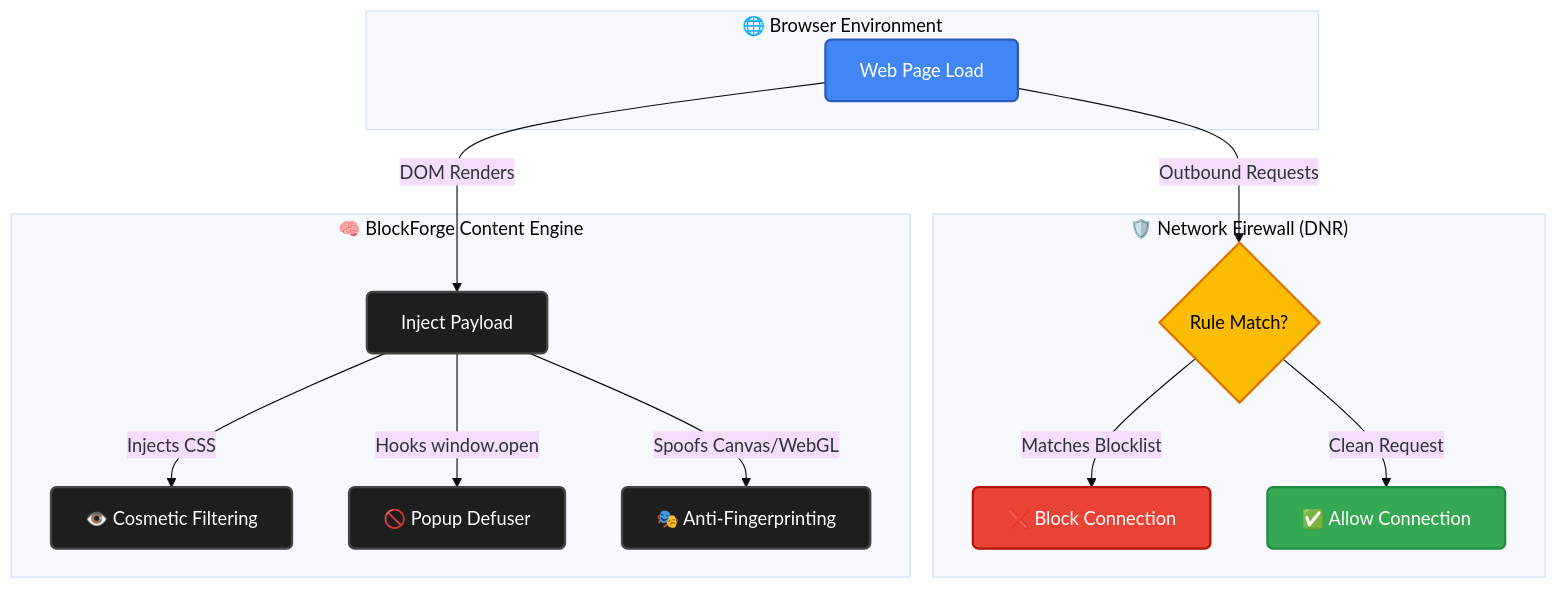
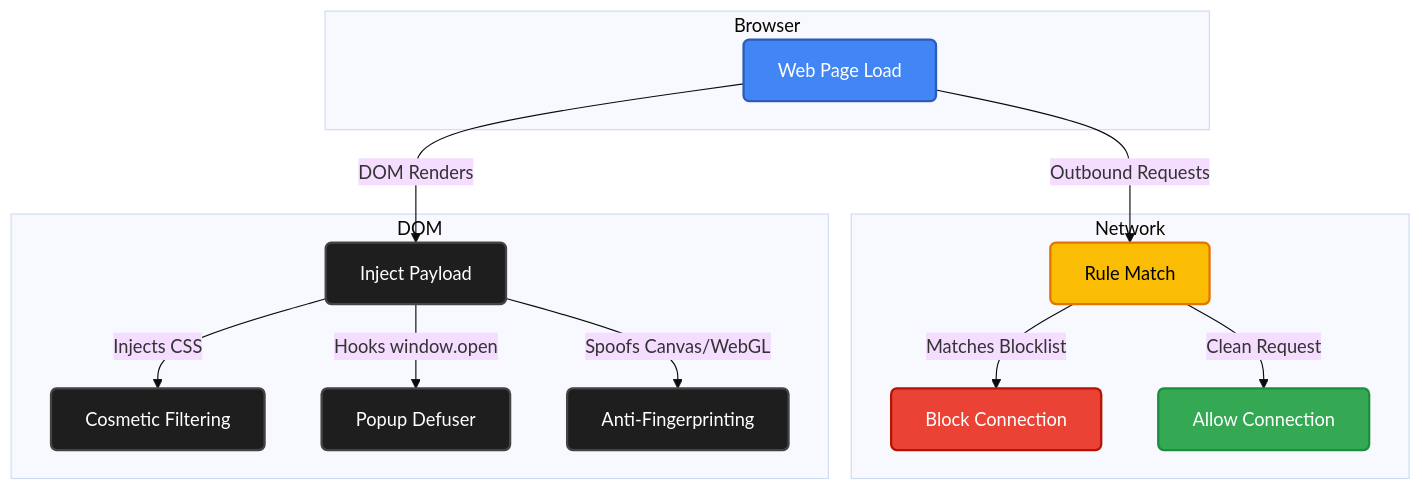
Before and after one commit to saksham-dev07/Blockforge-Ad-Block-Extension-: the diagram in README.md, drawn with Mermaid (base theme). The commit also changed other lines of this file, not shown here.

Commit message:
docs: fix character encoding and simplify mermaid diagrams in README

````diff
--- a/README.md
+++ b/README.md
@@ -45,39 +45,39 @@
 ```mermaid
 graph TD
-    subgraph Browser ["🌐 Browser Environment"]
+    subgraph Browser
         A[Web Page Load]
     end
 
-    subgraph Network ["🛡️ Network Firewall (DNR)"]
-        B{Rule Match?}
-        C[❌ Block Connection]
-        D[✅ Allow Connection]
+    subgraph Network
+        B[Rule Match]
+        C[Block Connection]
+        D[Allow Connection]
     end
 
-    subgraph DOM ["🧠 BlockForge Content Engine"]
+    subgraph DOM
         E[Inject Payload]
-        F[👁️ Cosmetic Filtering]
-        G[🚫 Popup Defuser]
-        H[🎭 Anti-Fingerprinting]
+        F[Cosmetic Filtering]
+        G[Popup Defuser]
+        H[Anti-Fingerprinting]
     end
 
     A -->|Outbound Requests| B
     B -->|Matches Blocklist| C
     B -->|Clean Request| D
     
     A -->|DOM Renders| E
     E -->|Injects CSS| F
     E -->|Hooks window.open| G
     E -->|Spoofs Canvas/WebGL| H
 
     classDef default fill:#1e1e1e,stroke:#444,stroke-width:2px,color:#fff,rx:5px,ry:5px;
     classDef startNode fill:#4285f4,stroke:#2b5cba,stroke-width:2px,color:#fff;
     classDef blocked fill:#ea4335,stroke:#b31404,stroke-width:2px,color:#fff;
     classDef allowed fill:#34a853,stroke:#1e8e3e,stroke-width:2px,color:#fff;
     classDef decision fill:#fbbc04,stroke:#e37400,stroke-width:2px,color:#000;
     
     class A startNode
     class B decision
     class C blocked
     class D allowed
 ```
````
